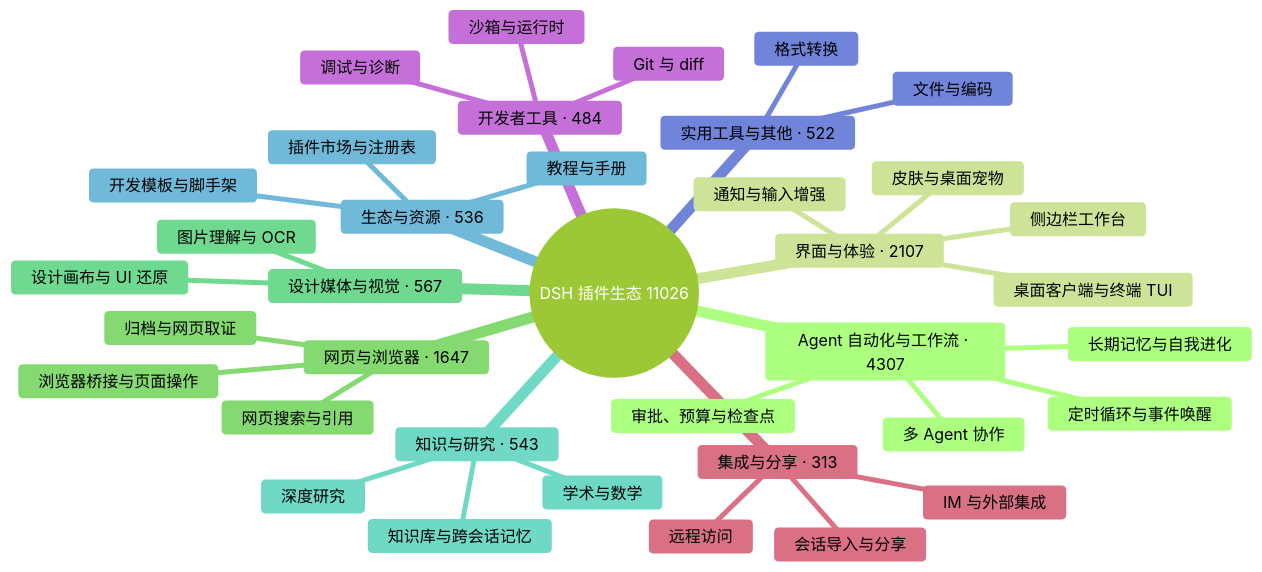
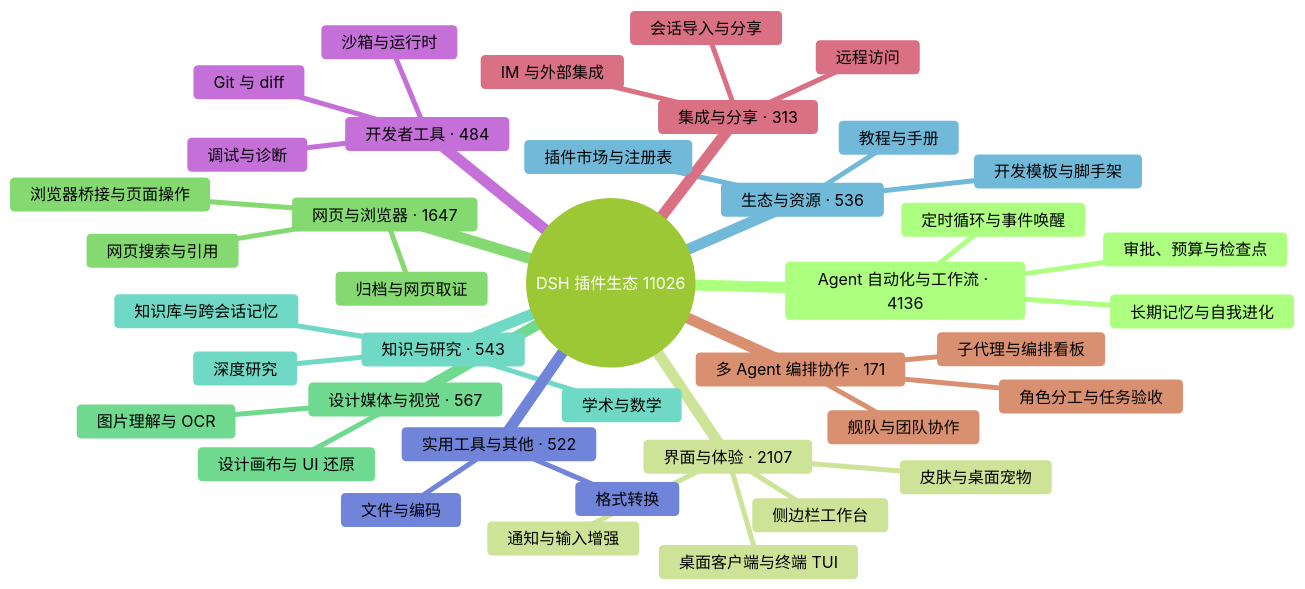
The diagram in README.md (bruc3van/awesome-dsh-plugin), drawn with Mermaid (forest theme) before and after one commit. The commit also changed 19 other files, not shown here.

````diff
--- a/README.md
+++ b/README.md
@@ -33,40 +33,43 @@
 ```mermaid
 mindmap
   root((DSH 插件生态 11026))
-    Agent 自动化与工作流 · 4307
+    Agent 自动化与工作流 · 4136
       定时循环与事件唤醒
-      多 Agent 协作
       长期记忆与自我进化
       审批、预算与检查点
     界面与体验 · 2107
       桌面客户端与终端 TUI
       侧边栏工作台
       皮肤与桌面宠物
       通知与输入增强
     网页与浏览器 · 1647
       浏览器桥接与页面操作
       网页搜索与引用
       归档与网页取证
     设计媒体与视觉 · 567
       图片理解与 OCR
       设计画布与 UI 还原
     知识与研究 · 543
       知识库与跨会话记忆
       深度研究
       学术与数学
     生态与资源 · 536
       插件市场与注册表
       开发模板与脚手架
       教程与手册
     实用工具与其他 · 522
       文件与编码
       格式转换
     开发者工具 · 484
       Git 与 diff
       沙箱与运行时
       调试与诊断
     集成与分享 · 313
       会话导入与分享
       远程访问
       IM 与外部集成
+    多 Agent 编排协作 · 171
+      子代理与编排看板
+      舰队与团队协作
+      角色分工与任务验收
 ```
````
